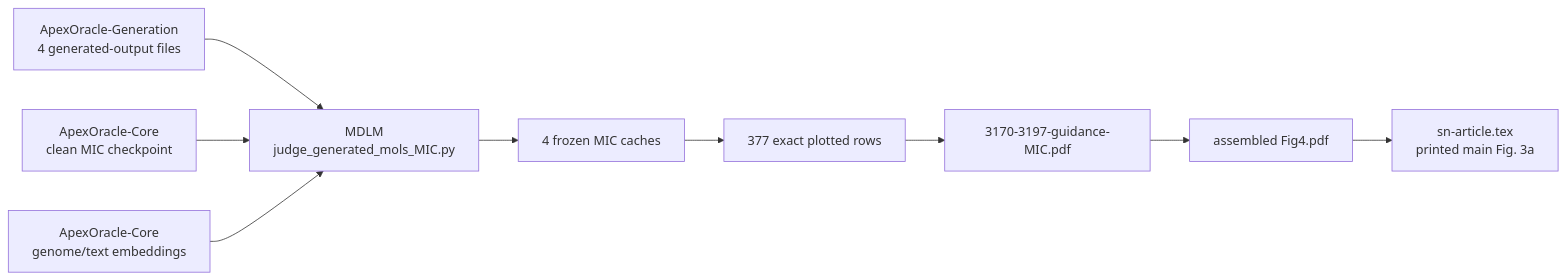
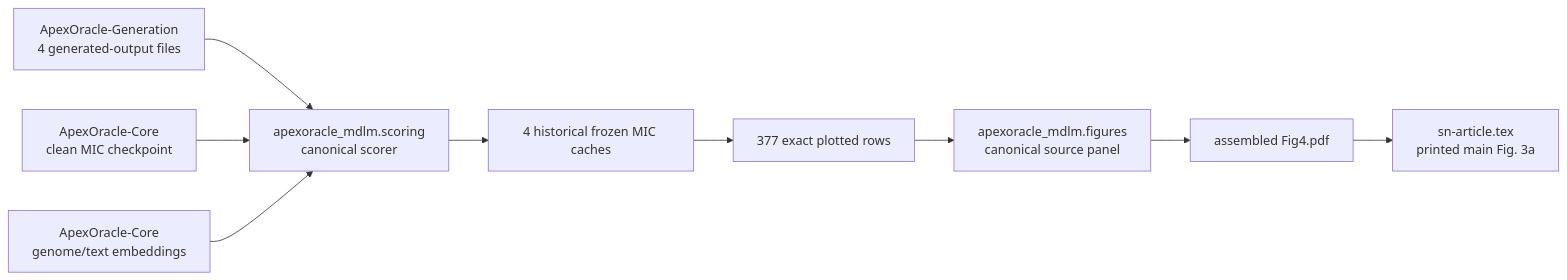
The diagram in docs/LEGACY_CODE_LINEAGE_LEDGER.md (DragonDescentZerotsu/ApexOracle-MDLM), drawn with Mermaid before and after one commit. The commit also changed other lines of this file and 34 other files, not shown here.

Commit message:
refactor: migrate candidate MIC scoring and Fig3a

````diff
--- a/docs/LEGACY_CODE_LINEAGE_LEDGER.md
+++ b/docs/LEGACY_CODE_LINEAGE_LEDGER.md
@@ -107,11 +107,11 @@
 ```mermaid
 flowchart LR
-  G["ApexOracle-Generation\n4 generated-output files"] --> J["MDLM\njudge_generated_mols_MIC.py"]
-  C["ApexOracle-Core\nclean MIC checkpoint"] --> J
-  E["ApexOracle-Core\ngenome/text embeddings"] --> J
-  J --> K["4 frozen MIC caches"]
+  G["ApexOracle-Generation\n4 generated-output files"] --> S["apexoracle_mdlm.scoring\ncanonical scorer"]
+  C["ApexOracle-Core\nclean MIC checkpoint"] --> S
+  E["ApexOracle-Core\ngenome/text embeddings"] --> S
+  S --> K["4 historical frozen MIC caches"]
   K --> D["377 exact plotted rows"]
-  D --> P["3170-3197-guidance-MIC.pdf"]
+  D --> P["apexoracle_mdlm.figures\ncanonical source panel"]
   P --> A["assembled Fig4.pdf"]
   A --> T["sn-article.tex\nprinted main Fig. 3a"]
 ```
````
